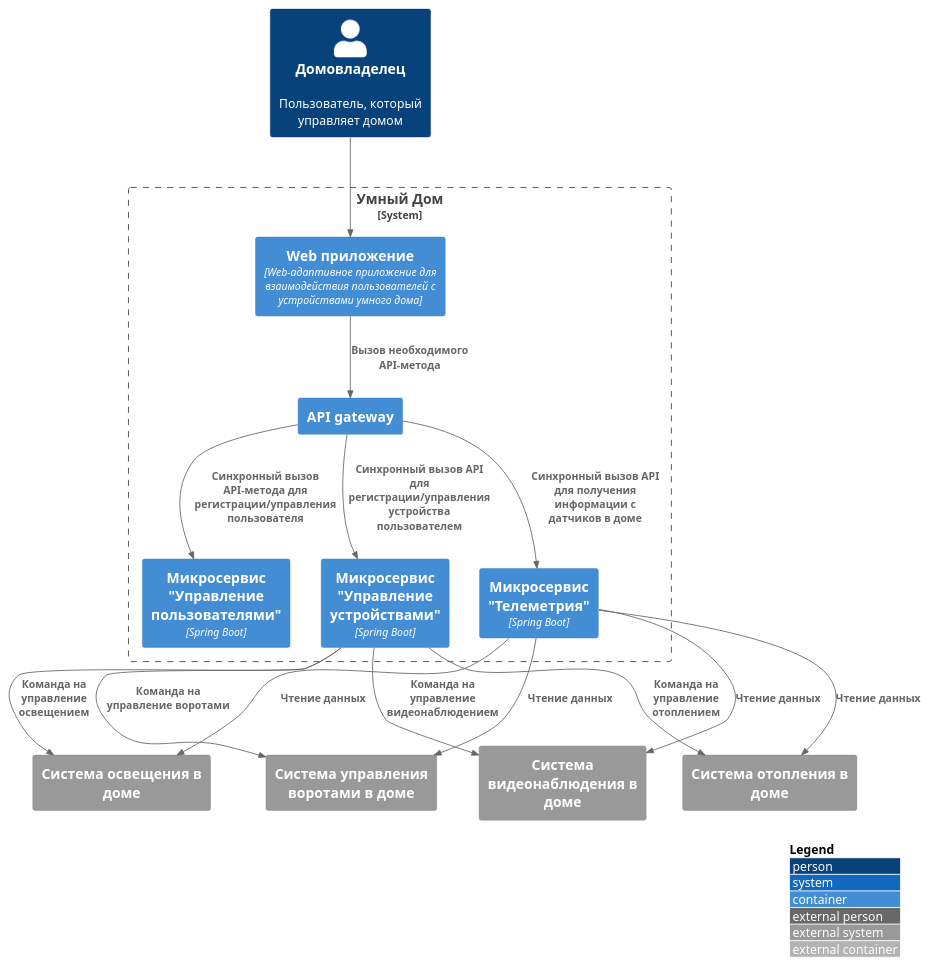
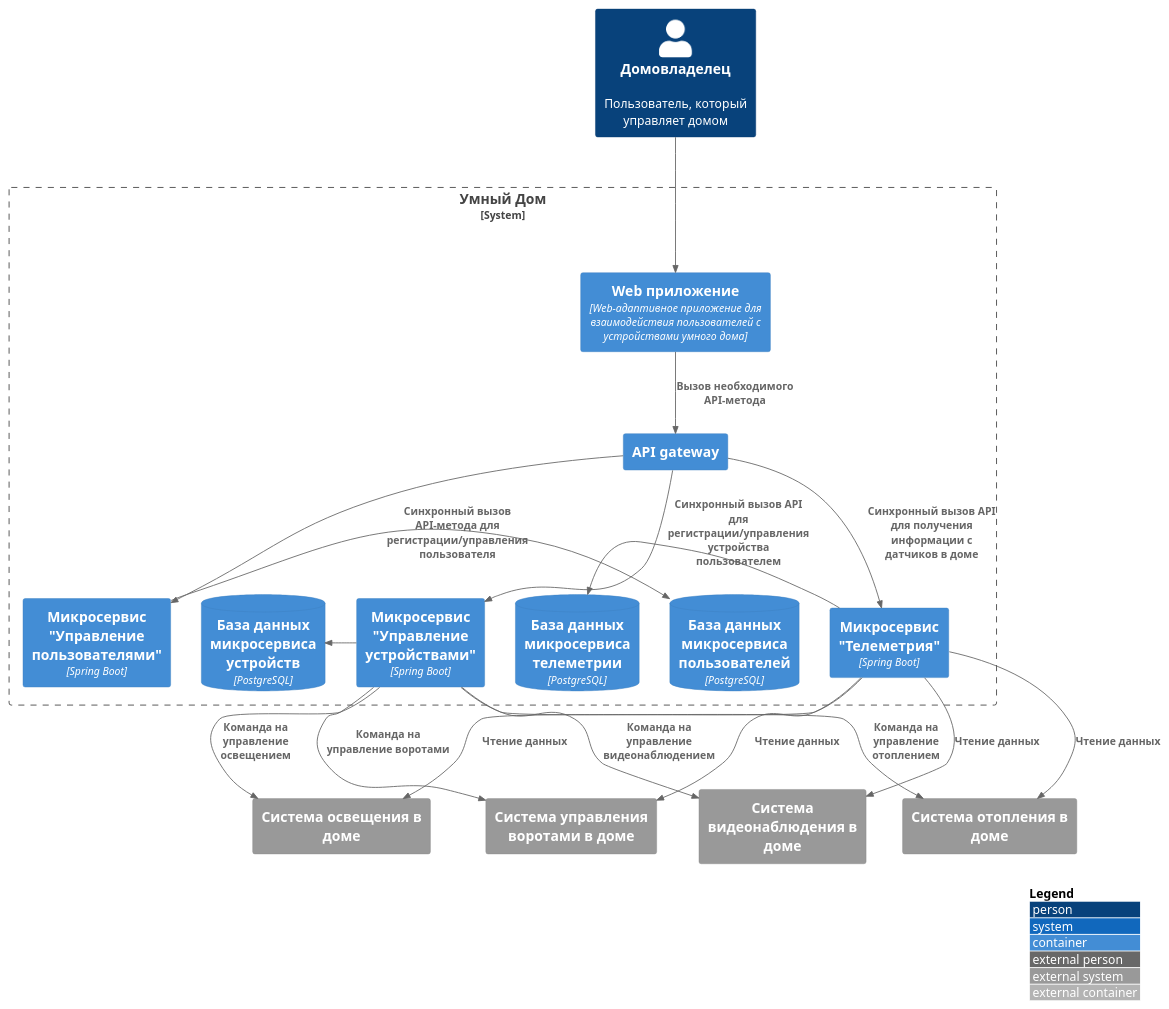
The diagram in diagrams/С4_Container_microservice-arch-tobe.plantuml (tkabdullin/arch-sprint-3), drawn with PlantUML before and after one commit. The commit also changed 11 other files, not shown here.

Commit message:
Исправлены диаграммы для заданий из 1 пула по комментариям на 2-й итерации ревью, а также добавлена реализация и запуск микросервисов для начала задания пула 2. Дополнительно прошу подсветить, чего не хватает для прохождения данного задания в пуле задач №2

```diff
--- a/diagrams/С4_Container_microservice-arch-tobe.plantuml
+++ b/diagrams/С4_Container_microservice-arch-tobe.plantuml
@@ -1,37 +1,46 @@
 @startuml
 !include ./C4_Container.puml
 
 LAYOUT_WITH_LEGEND()
 
 Person(user, "Домовладелец", "Пользователь, который управляет домом")
 
 System_Boundary(homesystem, "Умный Дом") {
     Container(web_app, "Web приложение", "Web-адаптивное приложение для взаимодействия пользователей с устройствами умного дома")
     Container(api_gw, "API gateway")
 
-    Container(user_mgmt, Микросервис "Управление пользователями", "Spring Boot") 
+    Container(user_mgmt, Микросервис "Управление пользователями", "Spring Boot")
+    ContainerDb(user_mgmt_db, "База данных микросервиса пользователей", "PostgreSQL")
+
     Container(device_mgmt, Микросервис "Управление устройствами", "Spring Boot")
+    ContainerDb(device_mgmt_db, "База данных микросервиса устройств", "PostgreSQL")
+
     Container(telemetry, Микросервис "Телеметрия", "Spring Boot")
+    ContainerDb(telemetry_db, "База данных микросервиса телеметрии", "PostgreSQL")
 
     Rel_D(user, web_app, "")
     Rel_D(web_app, api_gw, "Вызов необходимого API-метода")
     Rel_D(api_gw, user_mgmt, "Синхронный вызов API-метода для регистрации/управления пользователя")
     Rel_D(api_gw, telemetry, "Синхронный вызов API для получения информации с датчиков в доме")
     Rel_D(api_gw, device_mgmt, "Синхронный вызов API для регистрации/управления устройства пользователем")
+
+    Rel_L(user_mgmt, user_mgmt_db, "")
+    Rel_L(device_mgmt, device_mgmt_db, "")
+    Rel_L(telemetry, telemetry_db, "")
 }
 
 System_Ext(heating_system_ext, "Система отопления в доме", "")
 System_Ext(light_system_ext, "Система освещения в доме", "")
 System_Ext(gate_system_ext, "Система управления воротами в доме", "")
 System_Ext(video_system_ext, "Система видеонаблюдения в доме", "")
 
 Rel_D(device_mgmt, heating_system_ext, "Команда на управление отоплением")
 Rel_D(telemetry, heating_system_ext, "Чтение данных")
 Rel_D(device_mgmt, light_system_ext, "Команда на управление освещением")
 Rel_D(telemetry, light_system_ext, "Чтение данных")
 Rel_D(device_mgmt, gate_system_ext, "Команда на управление воротами")
 Rel_D(telemetry, gate_system_ext, "Чтение данных")
 Rel_D(device_mgmt, video_system_ext, "Команда на управление видеонаблюдением")
 Rel_D(telemetry, video_system_ext, "Чтение данных")
 
 @enduml
```
